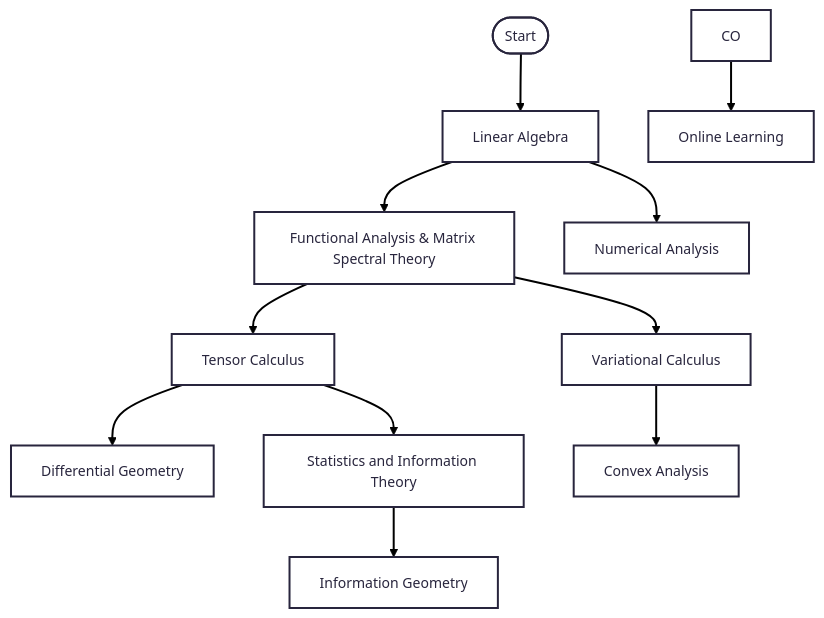
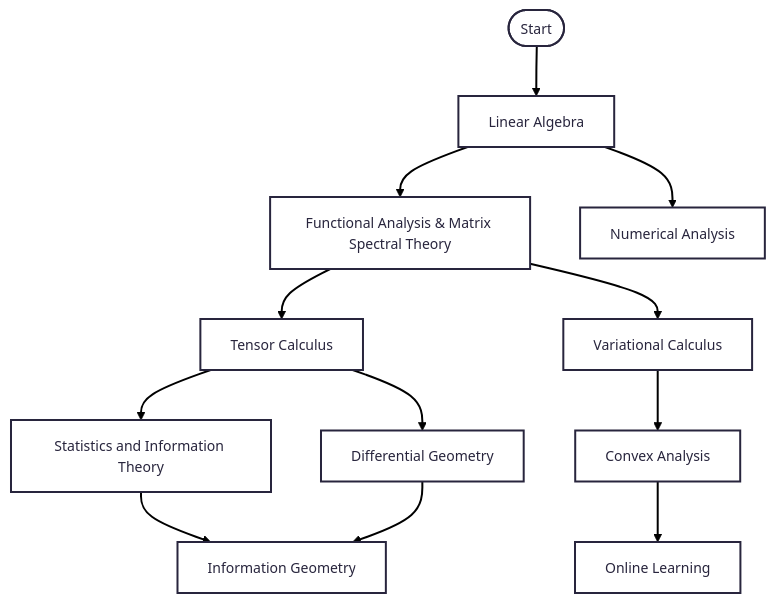
One commit to JiHa-Kim/jiha-kim.github.io changed the diagram in collections/_series/optimization-theory-for-machine-learning/0-preface.md. Above: the diagram before and after it, drawn with Mermaid. The commit also changed other lines of this file, not shown here.

````diff
--- a/collections/_series/optimization-theory-for-machine-learning/0-preface.md
+++ b/collections/_series/optimization-theory-for-machine-learning/0-preface.md
@@ -199,21 +199,22 @@
 ```mermaid
 ---
 config:
   theme: redux
 ---
 flowchart TD
     A(["Start"]) --> LA["Linear Algebra"]
 
     LA --> EFA["Functional Analysis & Matrix Spectral Theory"]
     LA --> NA["Numerical Analysis"]
 
     EFA --> TC["Tensor Calculus"]
     EFA --> VC["Variational Calculus"]
 
     TC --> DG["Differential Geometry"]
     TC --> SIT["Statistics and Information Theory"]
     VC --> CA["Convex Analysis"]
 
     SIT --> IG["Information Geometry"]
-    CO --> OL["Online Learning"]
+    DG --> IG
+    CA --> OL["Online Learning"]
 ```
````
